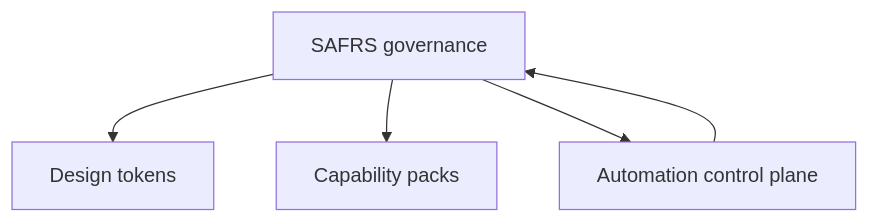
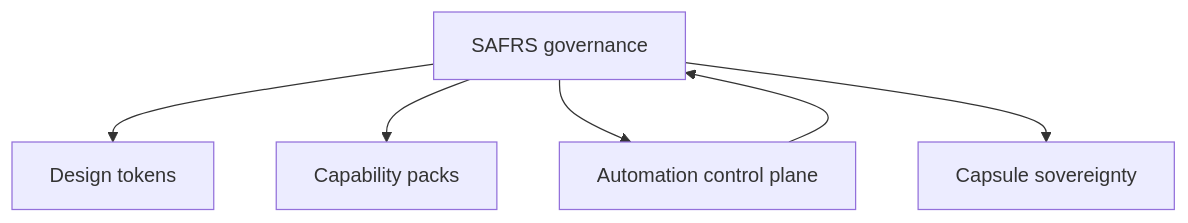
Before and after one commit to drferdi/Monorepo-safrs: the diagram in sentrawiki/features/index.md, drawn with Mermaid. The commit also changed other lines of this file and 75 other files, not shown here.

````diff
--- a/sentrawiki/features/index.md
+++ b/sentrawiki/features/index.md
@@ -35,7 +15,8 @@
 ```mermaid
 flowchart TB
     GOV[SAFRS governance] --> TOKENS[Design tokens]
     GOV --> CAPS[Capability packs]
     GOV --> AUTO[Automation control plane]
+    GOV --> SOV[Capsule sovereignty]
     AUTO --> GOV
 ```
````
